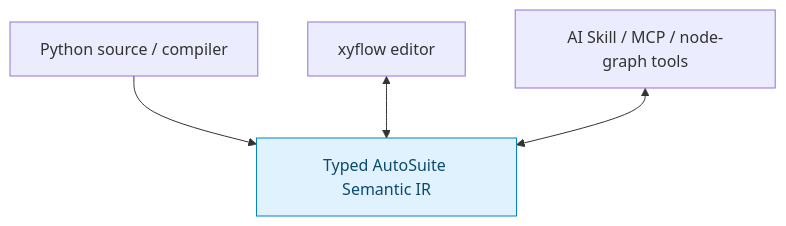
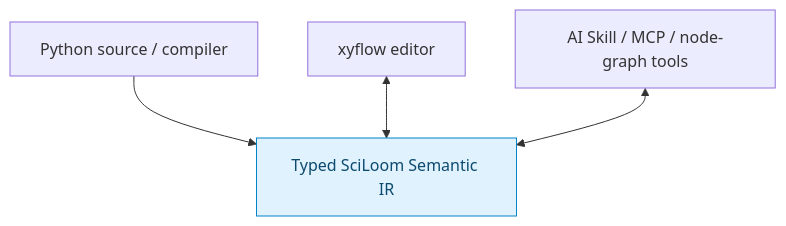
One commit to TsumiNa/sciloom changed the first of 2 diagrams in docs/07_XYFLOW_AI_SHARED_IR.md. Above: the diagram before and after it, drawn with Mermaid. The commit also changed other lines of this file and 34 other files, not shown here.

First line of the commit message:
Define independently executable SciLoom IR semantics (#7)

````diff
--- a/docs/07_XYFLOW_AI_SHARED_IR.md
+++ b/docs/07_XYFLOW_AI_SHARED_IR.md
@@ -7,8 +7,8 @@
 ```mermaid
 flowchart TB
-    Python["Python source / compiler"] --> IR["Typed AutoSuite Semantic IR"]
+    Python["Python source / compiler"] --> IR["Typed SciLoom Semantic IR"]
     GUI["xyflow editor"] <--> IR
     AI["AI Skill / MCP / node-graph tools"] <--> IR
     classDef core fill:#e0f2fe,stroke:#0284c7,color:#0c4a6e;
     class IR core;
 ```
````
